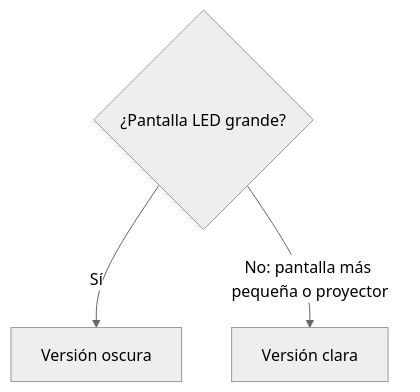
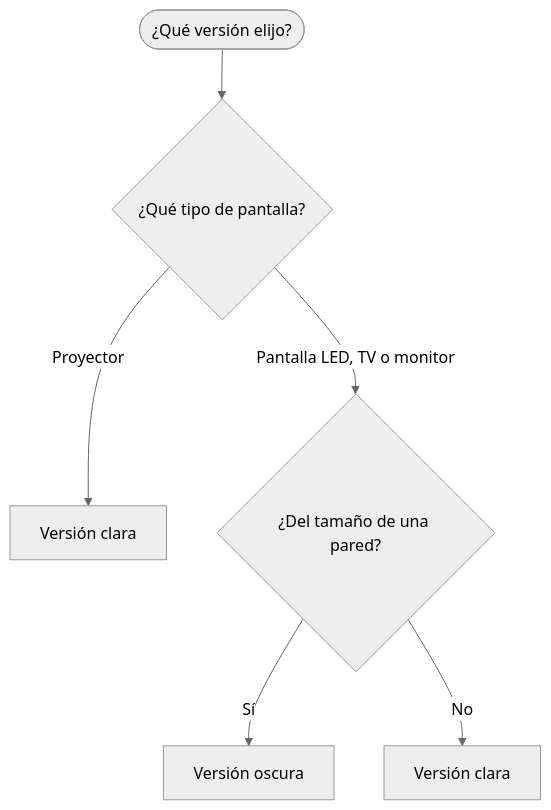
Before and after one commit to rodbv/pybr2026-slides: the diagram in README.es.md, drawn with Mermaid (neutral theme). The commit also changed other lines of this file and 5 other files, not shown here.

````diff
--- a/README.es.md
+++ b/README.es.md
@@ -47,5 +47,8 @@
 ```mermaid
 flowchart TD
-  pantalla{"¿Pantalla LED grande?"} -->|"Sí"| oscura["Versión oscura"]
-  pantalla -->|"No: pantalla más pequeña o proyector"| clara["Versión clara"]
+  inicio(["¿Qué versión elijo?"]) --> tipo{"¿Qué tipo de pantalla?"}
+  tipo -->|"Proyector"| clara1["Versión clara"]
+  tipo -->|"Pantalla LED, TV o monitor"| tamano{"¿Del tamaño de una pared?"}
+  tamano -->|"Sí"| oscura["Versión oscura"]
+  tamano -->|"No"| clara2["Versión clara"]
 ```
````
